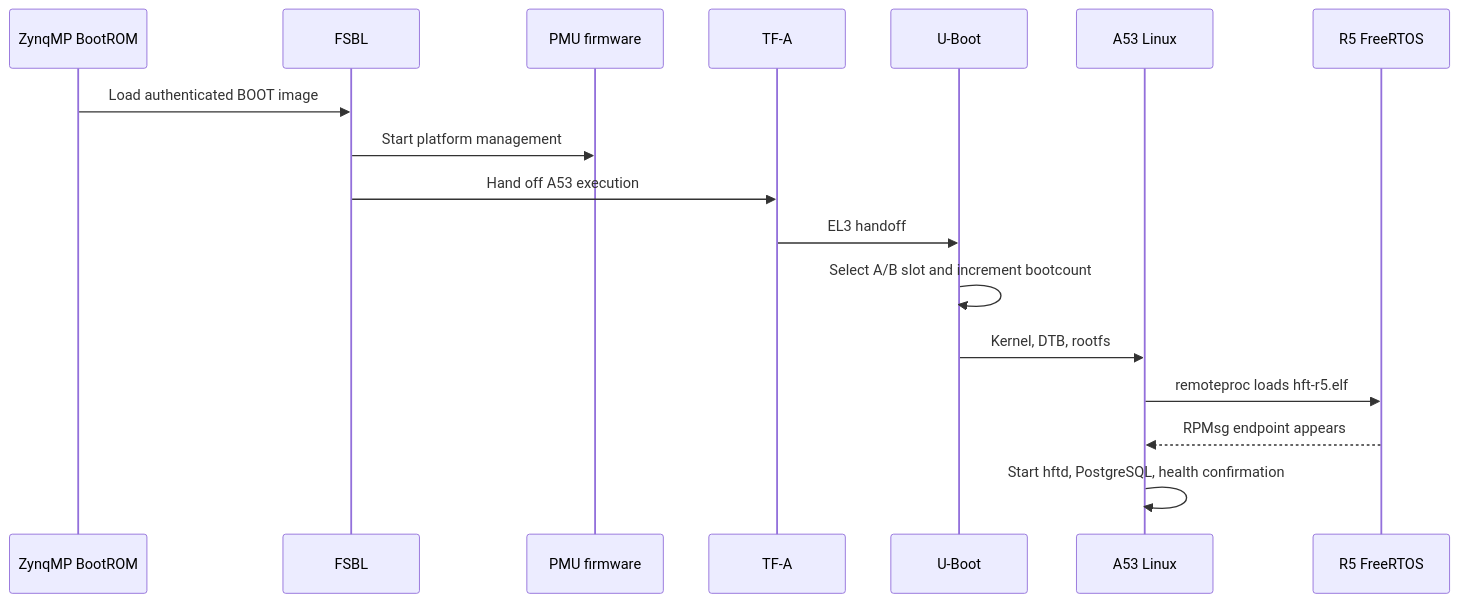
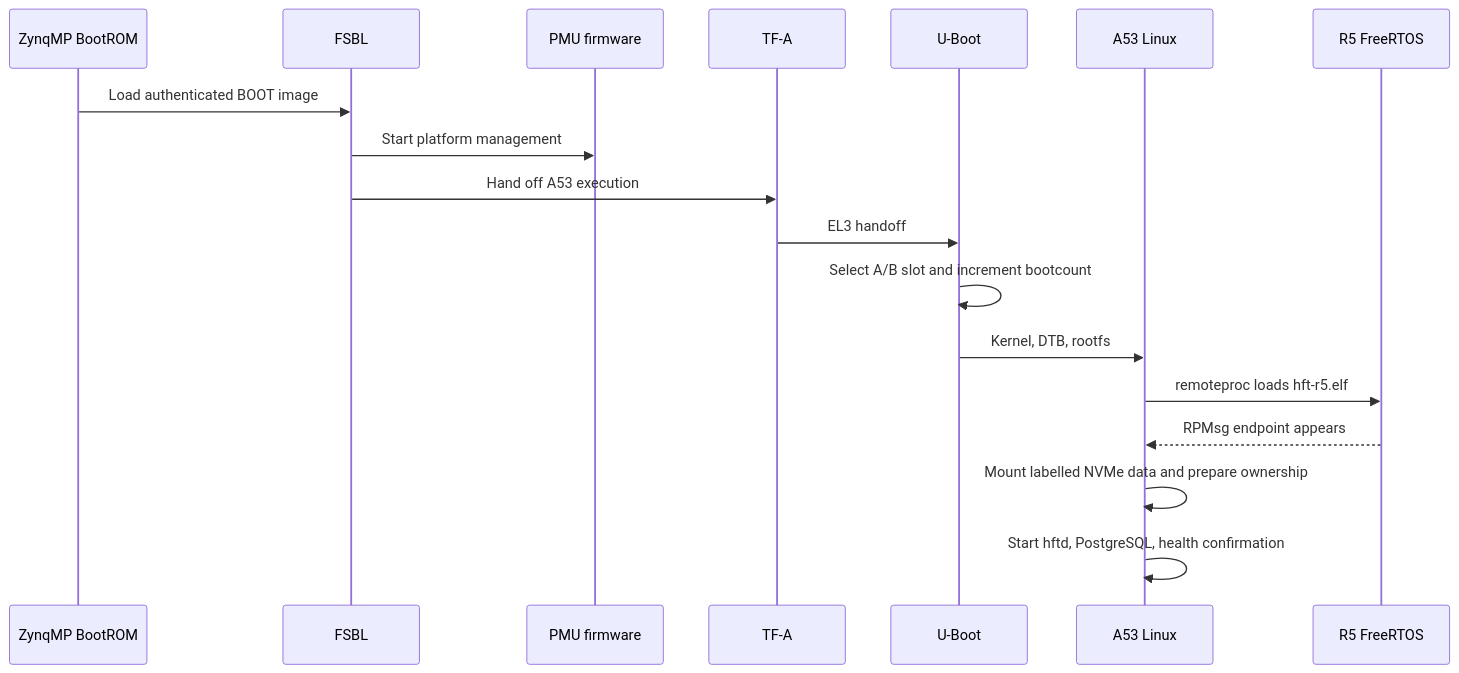
Before and after one commit to ps-chong/hft-toy-project: the diagram in docs/architecture/diagrams/boot-update-1.mmd, drawn with Mermaid. The commit also changed 37 other files, not shown here.

```diff
--- a/docs/architecture/diagrams/boot-update-1.mmd
+++ b/docs/architecture/diagrams/boot-update-1.mmd
@@ -1,17 +1,18 @@
 sequenceDiagram
     participant ROM as ZynqMP BootROM
     participant FSBL as FSBL
     participant PMU as PMU firmware
     participant ATF as TF-A
     participant UBoot as U-Boot
     participant Linux as A53 Linux
     participant R5 as R5 FreeRTOS
     ROM->>FSBL: Load authenticated BOOT image
     FSBL->>PMU: Start platform management
     FSBL->>ATF: Hand off A53 execution
     ATF->>UBoot: EL3 handoff
     UBoot->>UBoot: Select A/B slot and increment bootcount
     UBoot->>Linux: Kernel, DTB, rootfs
     Linux->>R5: remoteproc loads hft-r5.elf
     R5-->>Linux: RPMsg endpoint appears
+    Linux->>Linux: Mount labelled NVMe data and prepare ownership
     Linux->>Linux: Start hftd, PostgreSQL, health confirmation
```
